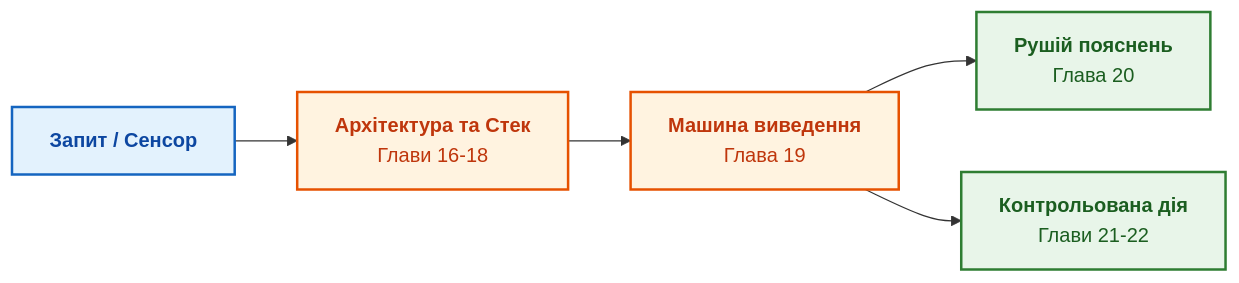
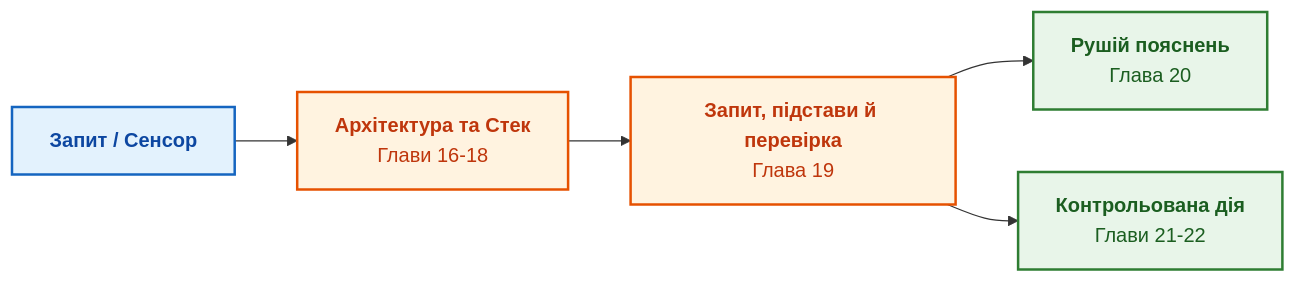
The diagram in ExpertSystem/part-04-architecture-and-inference.md (nick-fedchik/articles), drawn with Mermaid before and after one commit. The commit also changed other lines of this file and 16 other files, not shown here.

````diff
--- a/ExpertSystem/part-04-architecture-and-inference.md
+++ b/ExpertSystem/part-04-architecture-and-inference.md
@@ -22,18 +22,18 @@
 ```mermaid
 flowchart LR
-    accTitle: Архітектурний контур Частини IV
+    accTitle: Шлях рішення в Частині IV
     accDescr: Від запитання користувача через архітектурний стек і машину виведення до пояснення та кібернетичної дії.
 
     Q["<b>Запит / Сенсор</b>"] --> CORE["<b>Архітектура та Стек</b><br/>Глави 16-18"]
-    CORE --> REASON["<b>Машина виведення</b><br/>Глава 19"]
+    CORE --> REASON["<b>Запит, підстави й перевірка</b><br/>Глава 19"]
     REASON --> EXP["<b>Рушій пояснень</b><br/>Глава 20"]
     REASON --> ACT["<b>Контрольована дія</b><br/>Глави 21-22"]
 
     classDef in fill:#e3f2fd,stroke:#1565c0,stroke-width:2px,color:#0d47a1;
     classDef arch fill:#fff3e0,stroke:#e65100,stroke-width:2px,color:#bf360c;
     classDef out fill:#e8f5e9,stroke:#2e7d32,stroke-width:2px,color:#1b5e20;
 
     class Q in;
     class CORE,REASON arch;
     class EXP,ACT out;
 ```
````
